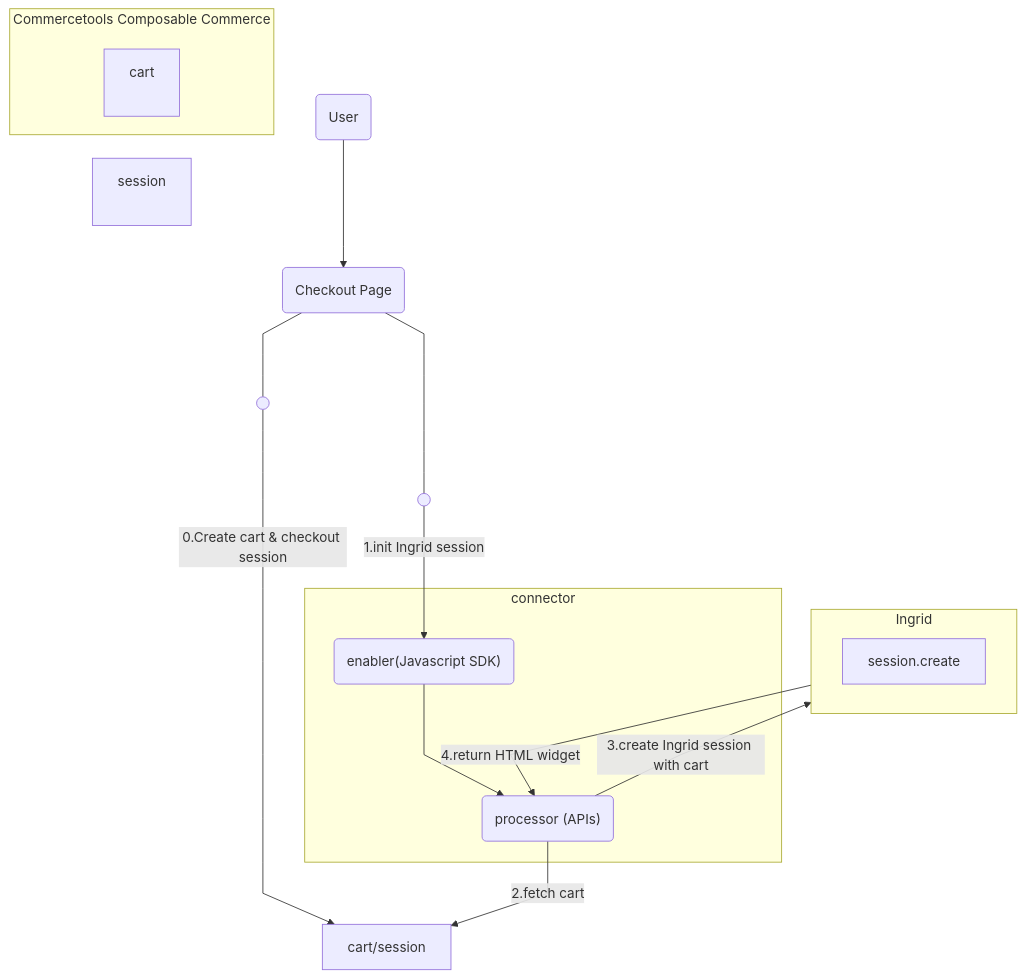
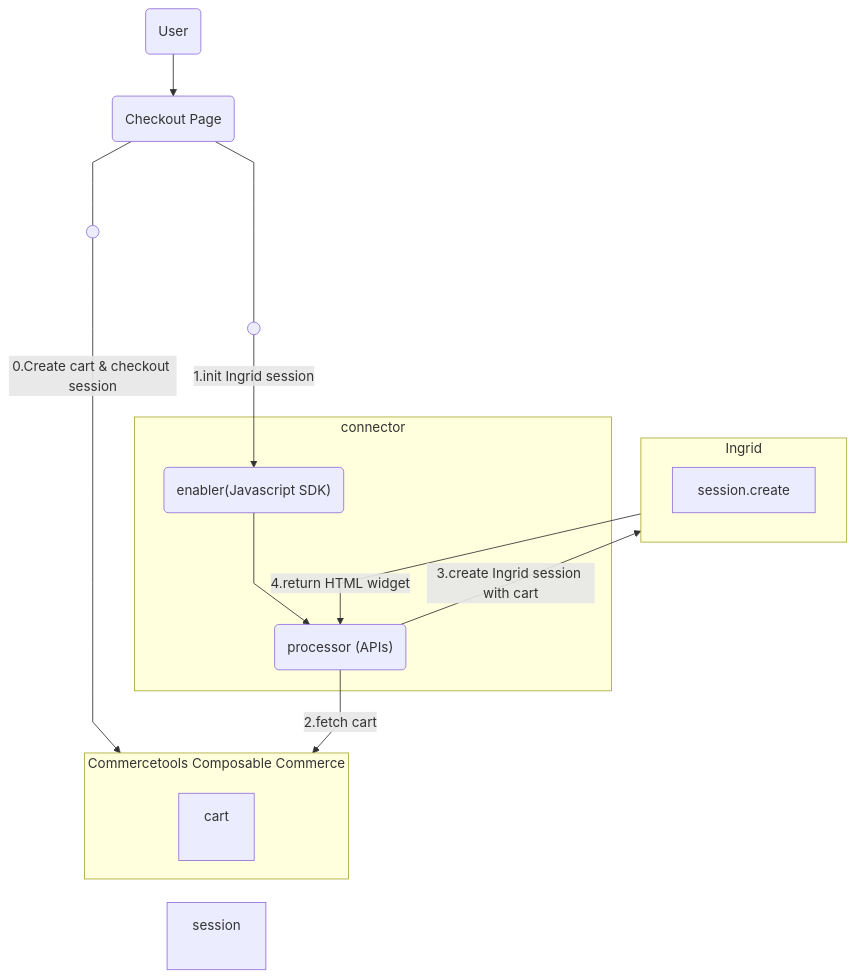
One commit to commercetools/connect-shipping-integration-ingrid changed the first of 2 diagrams in README.md. Above: the diagram before and after it, drawn with Mermaid.

Commit message:
doc: update init flow chart

````diff
--- a/README.md
+++ b/README.md
@@ -17,28 +17,28 @@
 ```mermaid
 %%{ init : { "theme" : "", "flowchart" : { "defaultRenderer": "dagre-wrapper", "curve" : "linear" }}}%%
 flowchart TD
     node1(( ))
     node2(( ))
     user("User")-->checkout("Checkout Page")
     subgraph connector
         enabler
         processor
     end
     subgraph coco["Commercetools Composable Commerce"]
         cart
         session
     end
     subgraph shipping["Ingrid"]
         session.create
     end
     checkout----node1
     
-    node1--"0.Create cart & checkout session"------>cart/session
+    node1--"0.Create cart & checkout session"------>coco
     
     checkout("Checkout Page")----node2
-    processor("processor (APIs)")--"2.fetch cart"-->cart/session
+    processor("processor (APIs)")--"2.fetch cart"-->coco
     node2--"1.init Ingrid session"-->enabler("enabler(Javascript SDK)")-->processor("processor (APIs)")--"3.create Ingrid session with cart"-->shipping("Ingrid")--"4.return HTML widget"-->processor("processor (APIs)")
     style coco height:150
     style cart height:80, text-align:center
     style session height:80, text-align:center
 ```
````
